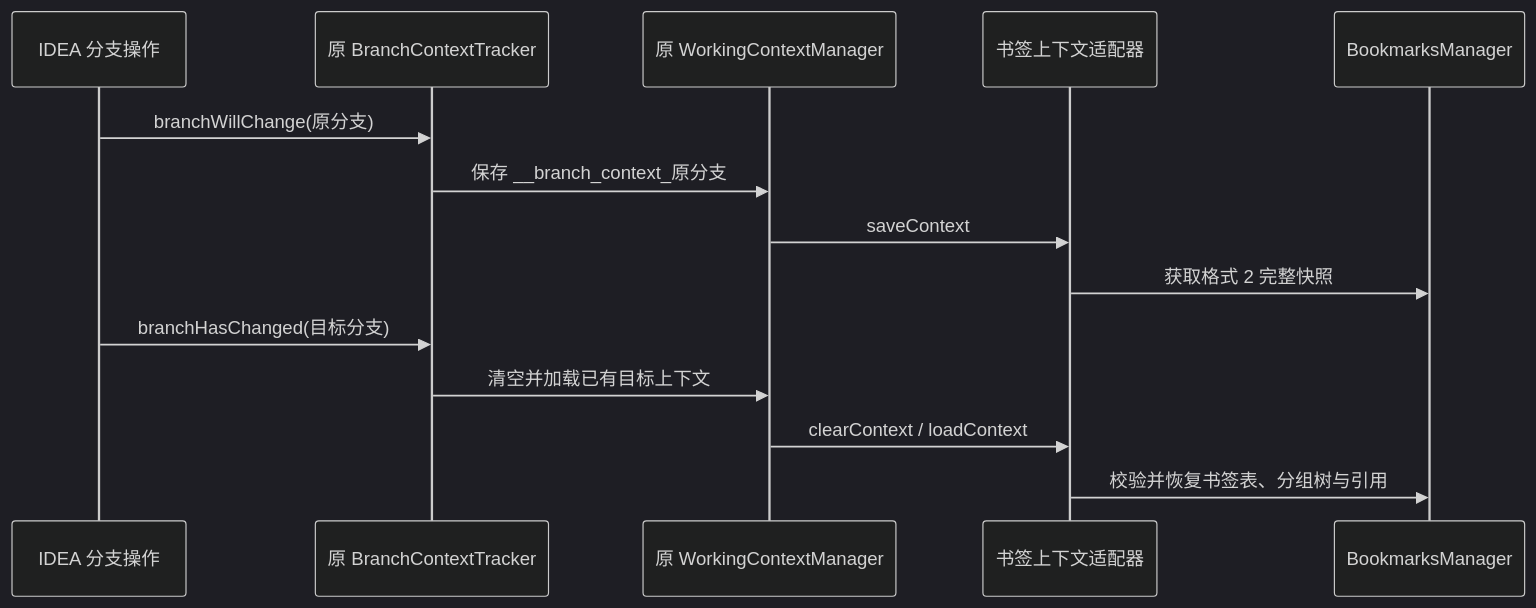
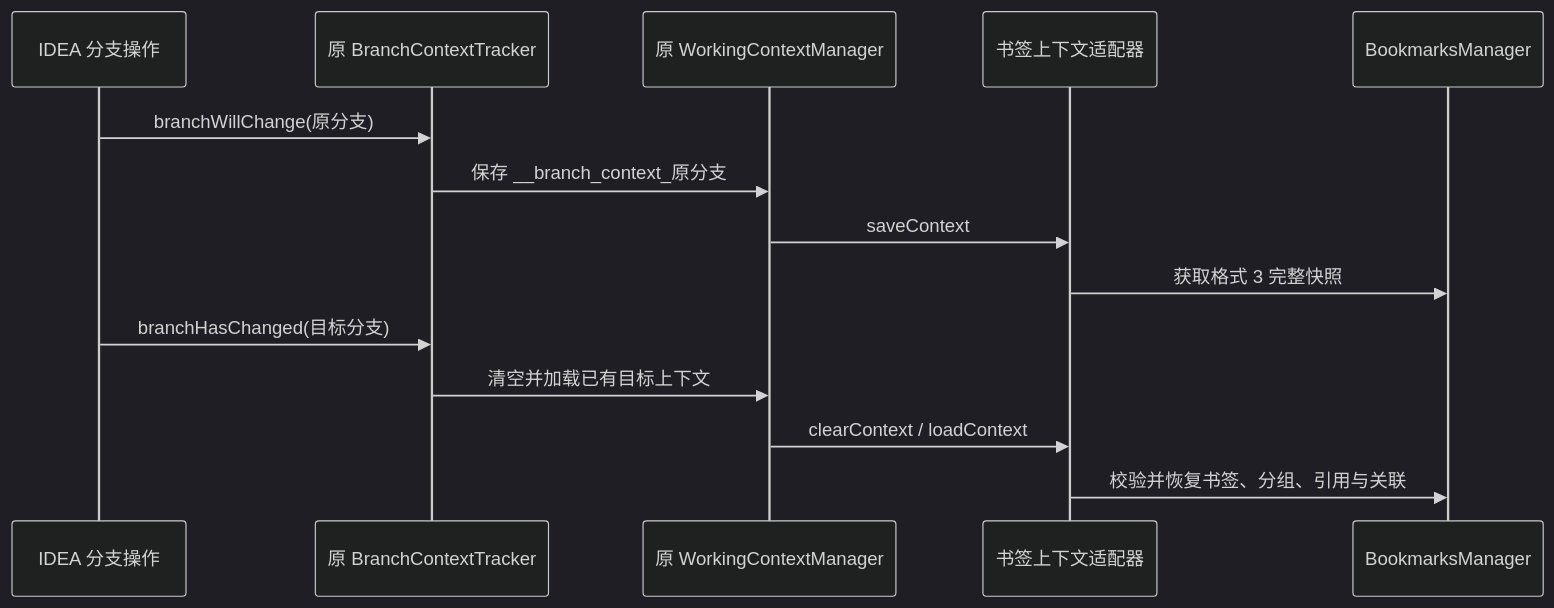
Before and after one commit to codeleep/idea-bookmarks: the diagram in docs/STORAGE.md, drawn with Mermaid (dark theme). The commit also changed other lines of this file and 33 other files, not shown here.

````diff
--- a/docs/STORAGE.md
+++ b/docs/STORAGE.md
@@ -84,16 +95,16 @@
 ```mermaid
 sequenceDiagram
     participant Git as IDEA 分支操作
     participant Tracker as 原 BranchContextTracker
     participant Context as 原 WorkingContextManager
     participant Adapter as 书签上下文适配器
     participant Model as BookmarksManager
     Git->>Tracker: branchWillChange(原分支)
     Tracker->>Context: 保存 __branch_context_原分支
     Context->>Adapter: saveContext
-    Adapter->>Model: 获取格式 2 完整快照
+    Adapter->>Model: 获取格式 3 完整快照
     Git->>Tracker: branchHasChanged(目标分支)
     Tracker->>Context: 清空并加载已有目标上下文
     Context->>Adapter: clearContext / loadContext
-    Adapter->>Model: 校验并恢复书签表、分组树与引用
+    Adapter->>Model: 校验并恢复书签、分组、引用与关联
 ```
````
